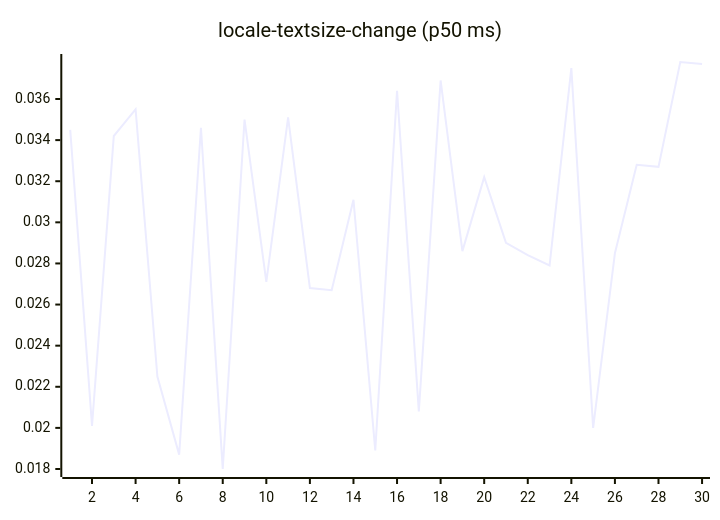
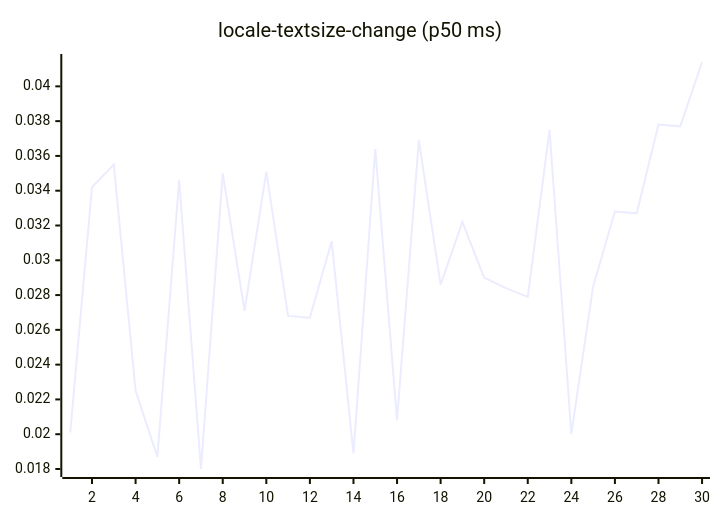
Diagram 13 of 27 in README.md (josha/Facet), drawn with Mermaid before and after one commit. The commit also changed other lines of this file and 2 other files, not shown here.

````diff
--- a/README.md
+++ b/README.md
@@ -147,6 +147,6 @@
 ```mermaid
 xychart-beta
     title "locale-textsize-change (p50 ms)"
     x-axis 1 --> 30
-    line [0.0345, 0.0201, 0.0342, 0.0355, 0.0225, 0.0187, 0.0346, 0.0180, 0.0350, 0.0271, 0.0351, 0.0268, 0.0267, 0.0311, 0.0189, 0.0364, 0.0208, 0.0369, 0.0286, 0.0322, 0.0290, 0.0284, 0.0279, 0.0375, 0.0200, 0.0285, 0.0328, 0.0327, 0.0378, 0.0377]
+    line [0.0201, 0.0342, 0.0355, 0.0225, 0.0187, 0.0346, 0.0180, 0.0350, 0.0271, 0.0351, 0.0268, 0.0267, 0.0311, 0.0189, 0.0364, 0.0208, 0.0369, 0.0286, 0.0322, 0.0290, 0.0284, 0.0279, 0.0375, 0.0200, 0.0285, 0.0328, 0.0327, 0.0378, 0.0377, 0.0414]
 ```
````
